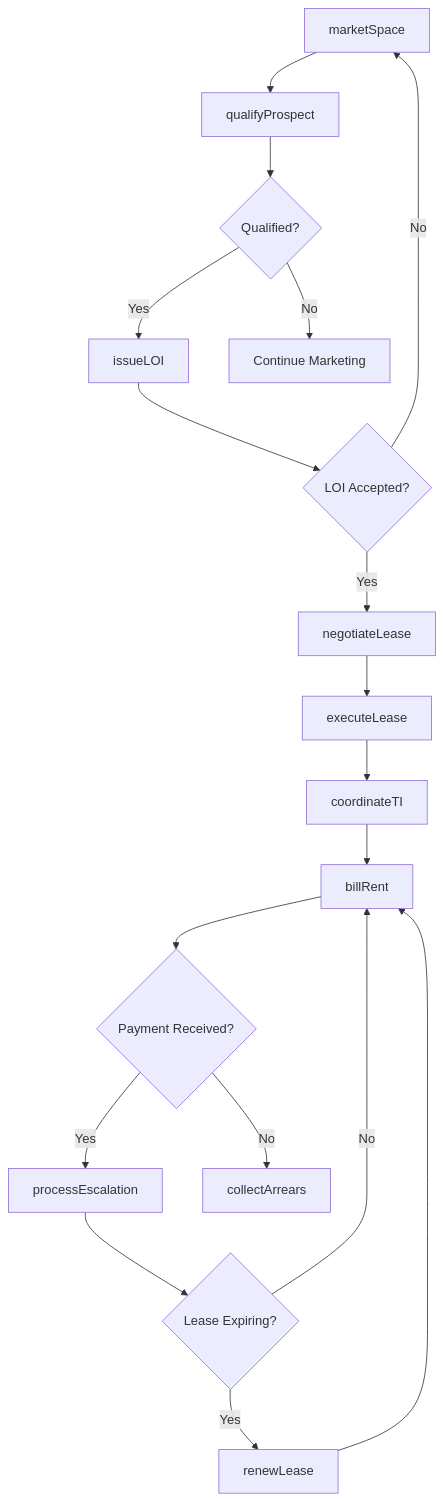
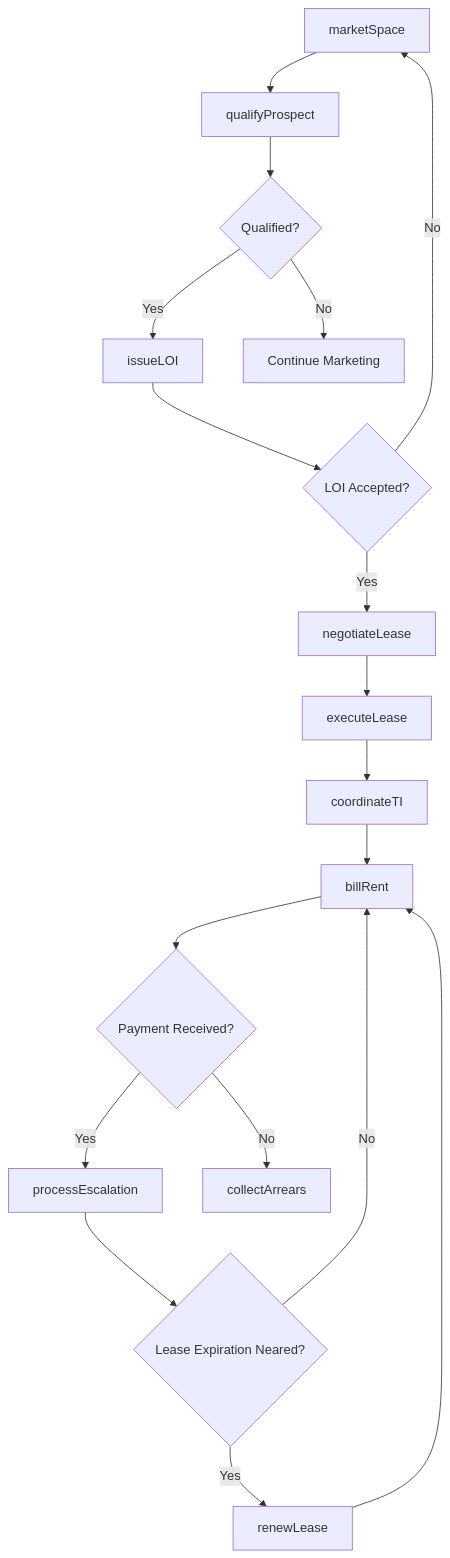
Before and after one commit to dot-org-ai/industries.org.ai: the first of 2 diagrams in RealEstate/RealEstate/LessorsOfRealEstate/LessorsOfNonresidentialBuildingsExceptMiniwarehouses.mdx, drawn with Mermaid. The commit also changed other lines of this file and 588 other files, not shown here.

````diff
--- a/RealEstate/RealEstate/LessorsOfRealEstate/LessorsOfNonresidentialBuildingsExceptMiniwarehouses.mdx
+++ b/RealEstate/RealEstate/LessorsOfRealEstate/LessorsOfNonresidentialBuildingsExceptMiniwarehouses.mdx
@@ -113,20 +113,20 @@
 ```mermaid
 graph TD
     A[marketSpace] --> B[qualifyProspect]
     B --> C{Qualified?}
     C -->|Yes| D[issueLOI]
     C -->|No| E[Continue Marketing]
     D --> F{LOI Accepted?}
     F -->|Yes| G[negotiateLease]
     F -->|No| A
     G --> H[executeLease]
     H --> I[coordinateTI]
     I --> J[billRent]
     J --> K{Payment Received?}
     K -->|Yes| L[processEscalation]
     K -->|No| M[collectArrears]
-    L --> N{Lease Expiring?}
+    L --> N{Lease Expiration Neared?}
     N -->|Yes| O[renewLease]
     N -->|No| J
     O --> J
 ```
````
